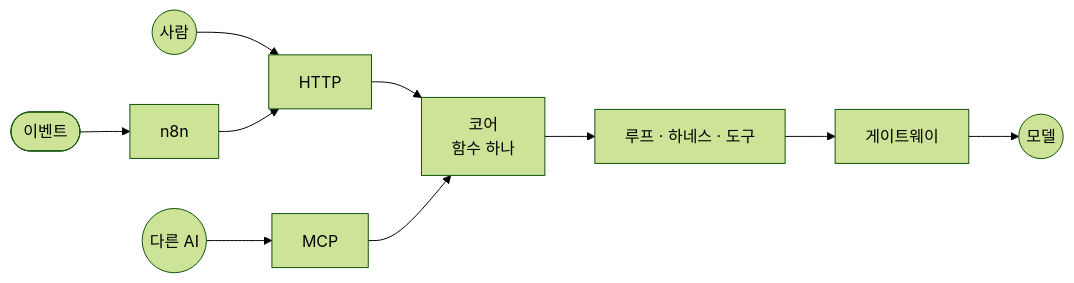
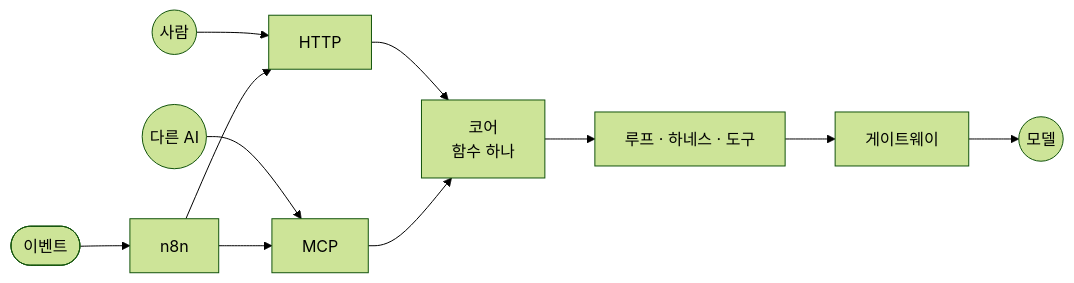
The sixth of 8 diagrams in site/src/content/slides/ko/session-11/index.mdx (2026-ai-service-engineering-a/ai_service_engineering-track_a), drawn with Mermaid (forest theme) before and after one commit. The commit also changed other lines of this file, not shown here.

````diff
--- a/site/src/content/slides/ko/session-11/index.mdx
+++ b/site/src/content/slides/ko/session-11/index.mdx
@@ -605,12 +609,13 @@
 ```mermaid
 flowchart LR
     P(("사람")) --> A["HTTP"]
     AI(("다른 AI")) --> M["MCP"]
     E(["이벤트"]) --> N["n8n"]
     N --> A
+    N --> M
     A --> C["코어<br/>함수 하나"]
     M --> C
     C --> H["루프 · 하네스 · 도구"]
     H --> G["게이트웨이"]
     G --> L(("모델"))
 ```
````
